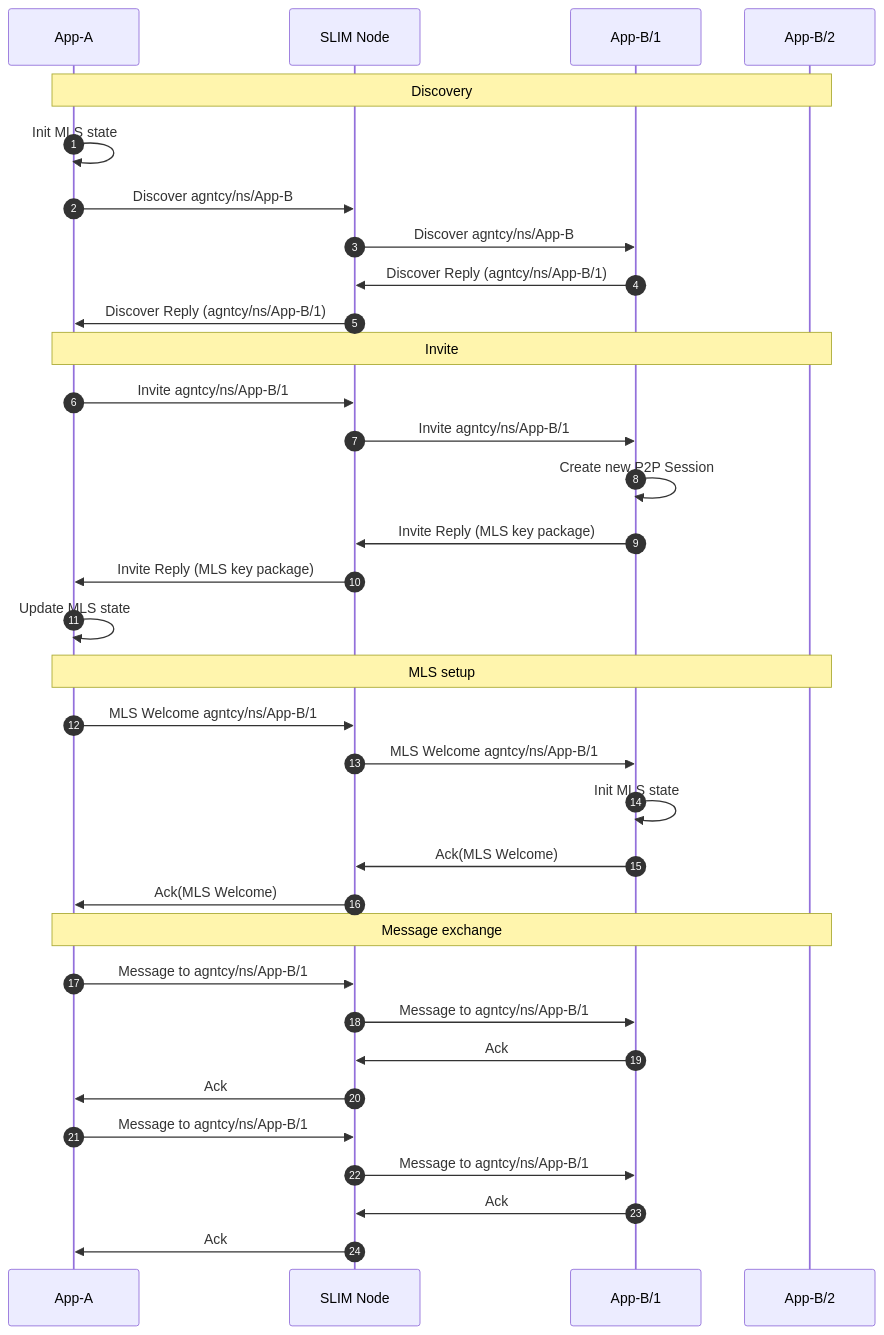
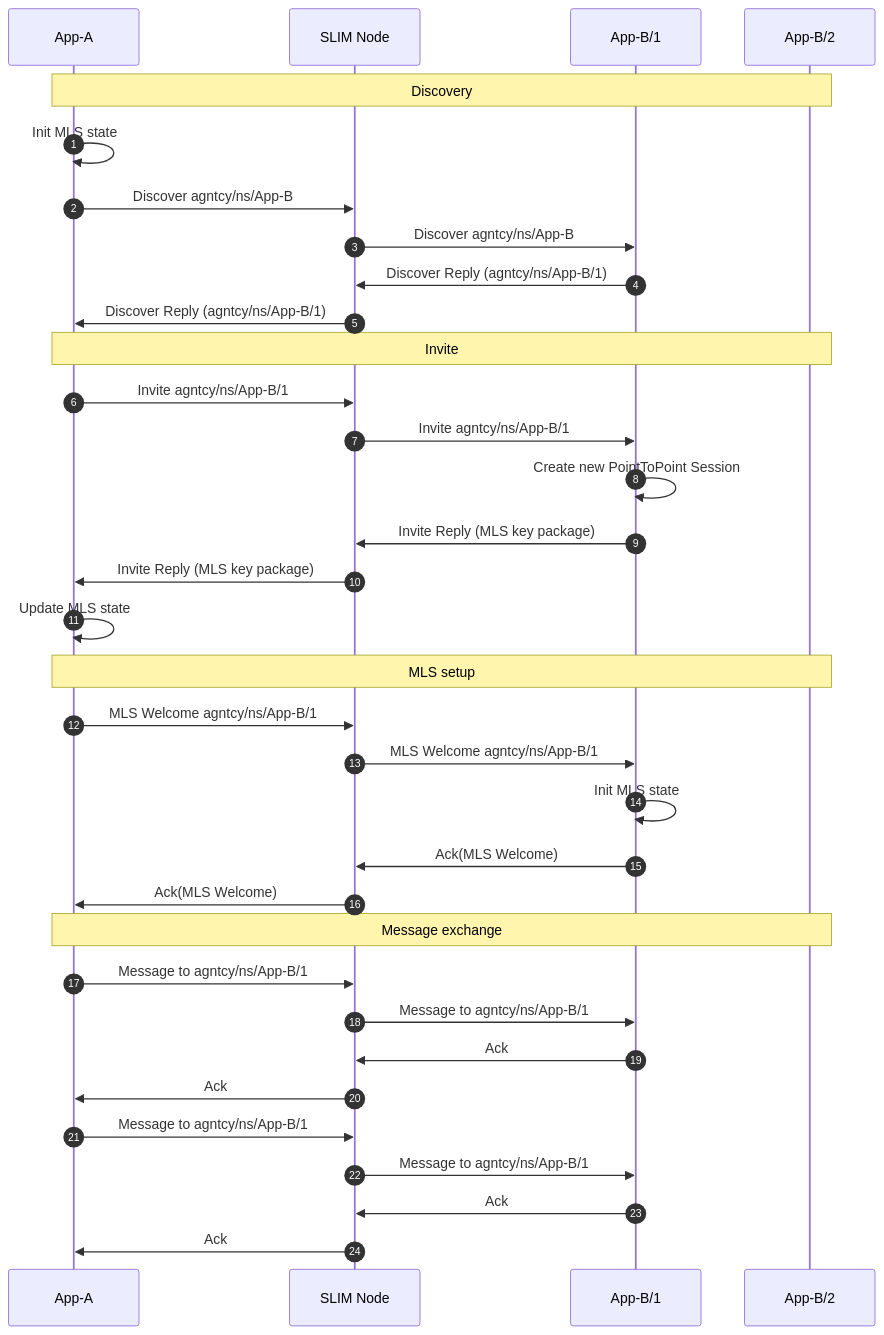
One commit to agntcy/slim changed the first of 3 diagrams in data-plane/python/bindings/SESSION.md. Above: the diagram before and after it, drawn with Mermaid. The commit also changed other lines of this file and 13 other files, not shown here.

````diff
--- a/data-plane/python/bindings/SESSION.md
+++ b/data-plane/python/bindings/SESSION.md
@@ -46,42 +46,42 @@
 ```mermaid
 sequenceDiagram
     autonumber
 
     participant App-A
     participant SLIM Node
     participant App-B/1
     participant App-B/2
 
     Note over App-A,App-B/2: Discovery
     App-A->>App-A: Init MLS state
     App-A->>SLIM Node: Discover agntcy/ns/App-B
     SLIM Node->>App-B/1: Discover agntcy/ns/App-B
     App-B/1->>SLIM Node: Discover Reply (agntcy/ns/App-B/1)
     SLIM Node->>App-A: Discover Reply (agntcy/ns/App-B/1)
 
     Note over App-A,App-B/2: Invite
     App-A->>SLIM Node: Invite agntcy/ns/App-B/1
     SLIM Node->>App-B/1: Invite agntcy/ns/App-B/1
-    App-B/1->>App-B/1: Create new P2P Session
+    App-B/1->>App-B/1: Create new PointToPoint Session
     App-B/1->>SLIM Node: Invite Reply (MLS key package)
     SLIM Node->>App-A: Invite Reply (MLS key package)
     App-A->>App-A: Update MLS state
 
     Note over App-A,App-B/2: MLS setup
     App-A->>SLIM Node: MLS Welcome agntcy/ns/App-B/1
     SLIM Node->>App-B/1: MLS Welcome agntcy/ns/App-B/1
     App-B/1->>App-B/1: Init MLS state
     App-B/1->>SLIM Node: Ack(MLS Welcome)
     SLIM Node->>App-A: Ack(MLS Welcome)
 
     Note over App-A,App-B/2: Message exchange
     App-A->>SLIM Node: Message to agntcy/ns/App-B/1
     SLIM Node->>App-B/1: Message to agntcy/ns/App-B/1
     App-B/1->>SLIM Node: Ack
     SLIM Node->>App-A: Ack
 
     App-A->>SLIM Node: Message to agntcy/ns/App-B/1
     SLIM Node->>App-B/1: Message to agntcy/ns/App-B/1
     App-B/1->>SLIM Node: Ack
     SLIM Node->>App-A: Ack
 ```
````
